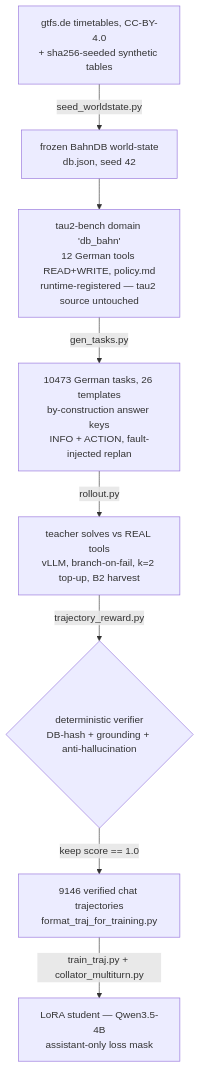
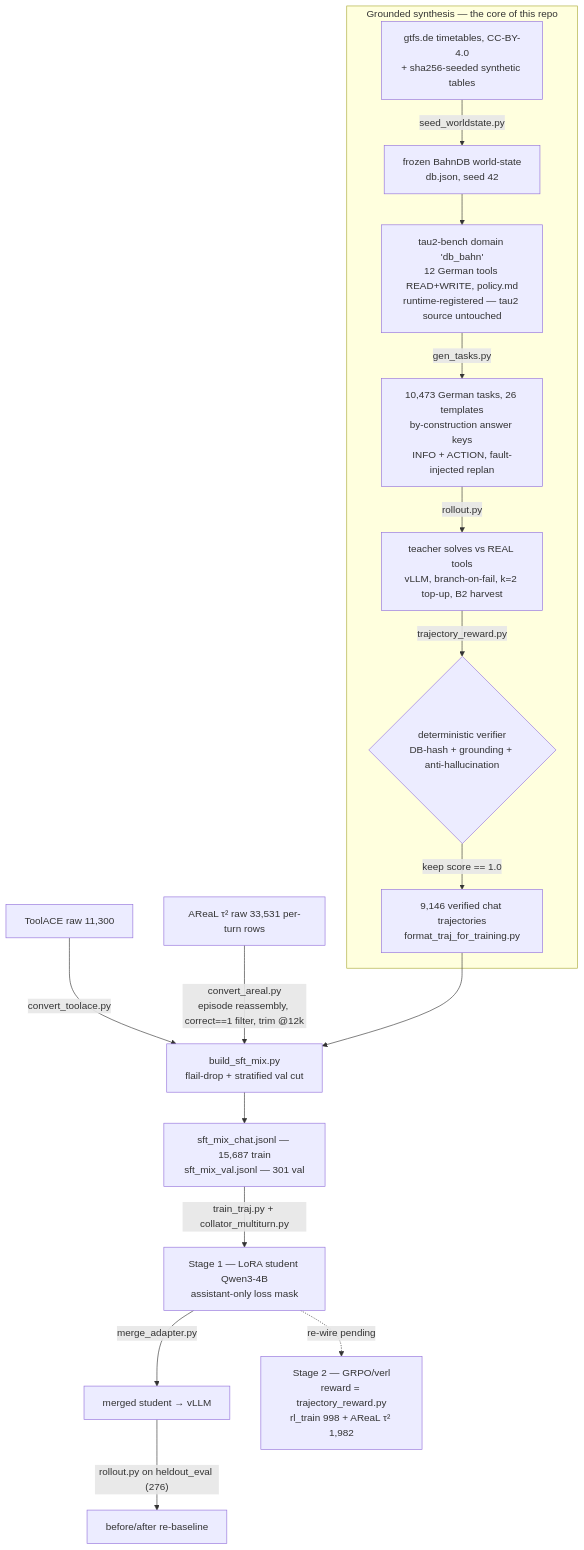
Before and after one commit to JanneckGit/slm-agentic-training-pipeline: the diagram in README.md, drawn with Mermaid. The commit also changed other lines of this file and 6 other files, not shown here.

````diff
--- a/README.md
+++ b/README.md
@@ -31,10 +33,19 @@
 ```mermaid
 flowchart TD
-    A["gtfs.de timetables, CC-BY-4.0<br/>+ sha256-seeded synthetic tables"] -->|seed_worldstate.py| B["frozen BahnDB world-state<br/>db.json, seed 42"]
-    B --> C["tau2-bench domain 'db_bahn'<br/>12 German tools READ+WRITE, policy.md<br/>runtime-registered — tau2 source untouched"]
-    C -->|gen_tasks.py| D["10473 German tasks, 26 templates<br/>by-construction answer keys<br/>INFO + ACTION, fault-injected replan"]
-    D -->|rollout.py| E["teacher solves vs REAL tools<br/>vLLM, branch-on-fail, k=2 top-up, B2 harvest"]
-    E -->|trajectory_reward.py| F{"deterministic verifier<br/>DB-hash + grounding + anti-hallucination"}
-    F -->|keep score == 1.0| G["9146 verified chat trajectories<br/>format_traj_for_training.py"]
-    G -->|train_traj.py + collator_multiturn.py| H["LoRA student — Qwen3.5-4B<br/>assistant-only loss mask"]
+    subgraph SDG["Grounded synthesis — the core of this repo"]
+        A["gtfs.de timetables, CC-BY-4.0<br/>+ sha256-seeded synthetic tables"] -->|seed_worldstate.py| B["frozen BahnDB world-state<br/>db.json, seed 42"]
+        B --> C["tau2-bench domain 'db_bahn'<br/>12 German tools READ+WRITE, policy.md<br/>runtime-registered — tau2 source untouched"]
+        C -->|gen_tasks.py| D["10,473 German tasks, 26 templates<br/>by-construction answer keys<br/>INFO + ACTION, fault-injected replan"]
+        D -->|rollout.py| E["teacher solves vs REAL tools<br/>vLLM, branch-on-fail, k=2 top-up, B2 harvest"]
+        E -->|trajectory_reward.py| F{"deterministic verifier<br/>DB-hash + grounding + anti-hallucination"}
+        F -->|keep score == 1.0| G["9,146 verified chat trajectories<br/>format_traj_for_training.py"]
+    end
+    T["ToolACE raw 11,300"] -->|convert_toolace.py| MIX
+    R["AReaL τ² raw 33,531 per-turn rows"] -->|"convert_areal.py<br/>episode reassembly, correct==1 filter, trim @12k"| MIX
+    G --> MIX["build_sft_mix.py<br/>flail-drop + stratified val cut"]
+    MIX --> M["sft_mix_chat.jsonl — 15,687 train<br/>sft_mix_val.jsonl — 301 val"]
+    M -->|train_traj.py + collator_multiturn.py| H["Stage 1 — LoRA student Qwen3-4B<br/>assistant-only loss mask"]
+    H -->|merge_adapter.py| S["merged student → vLLM"]
+    S -->|"rollout.py on heldout_eval (276)"| EV["before/after re-baseline"]
+    H -.->|re-wire pending| RL["Stage 2 — GRPO/verl<br/>reward = trajectory_reward.py<br/>rl_train 998 + AReaL τ² 1,982"]
 ```
````
